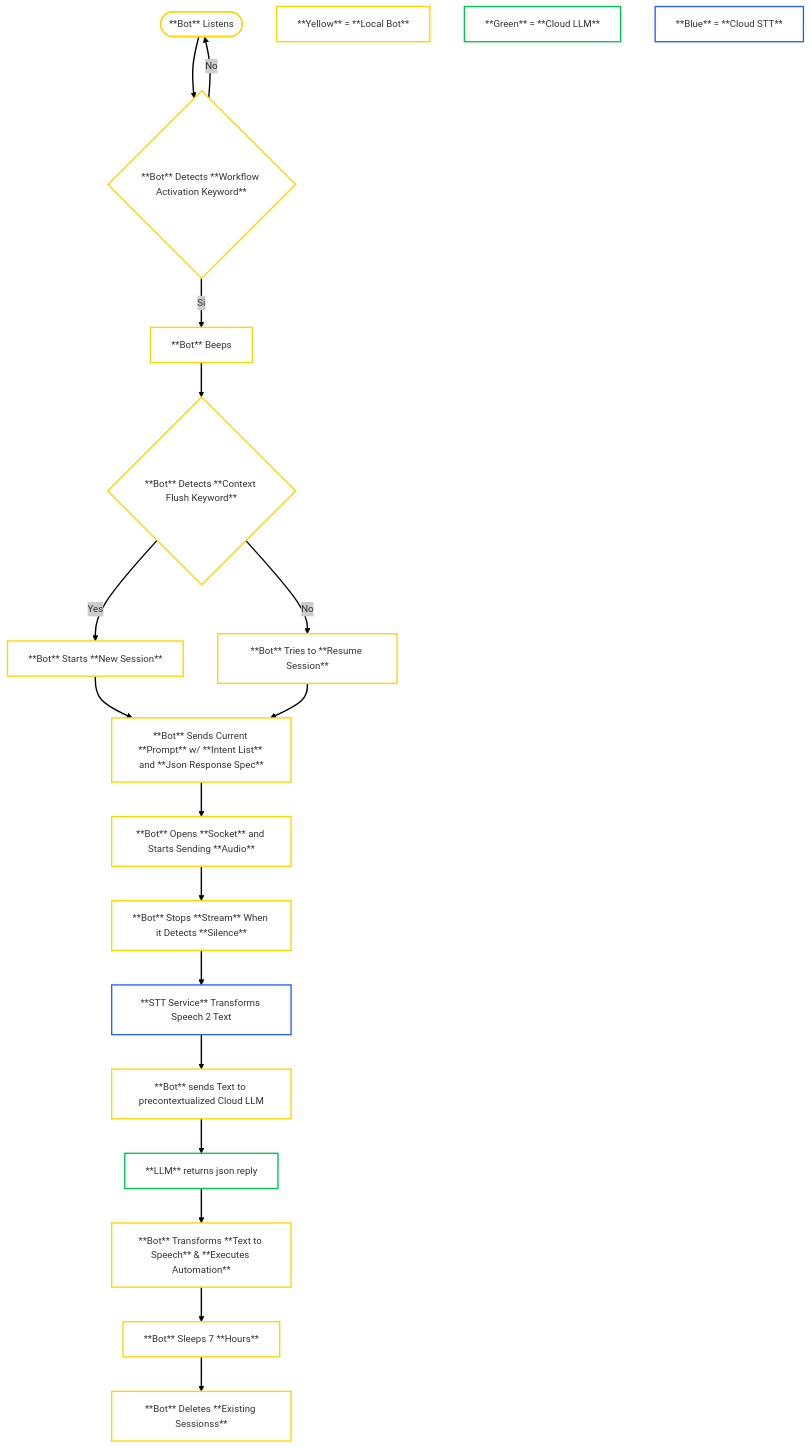
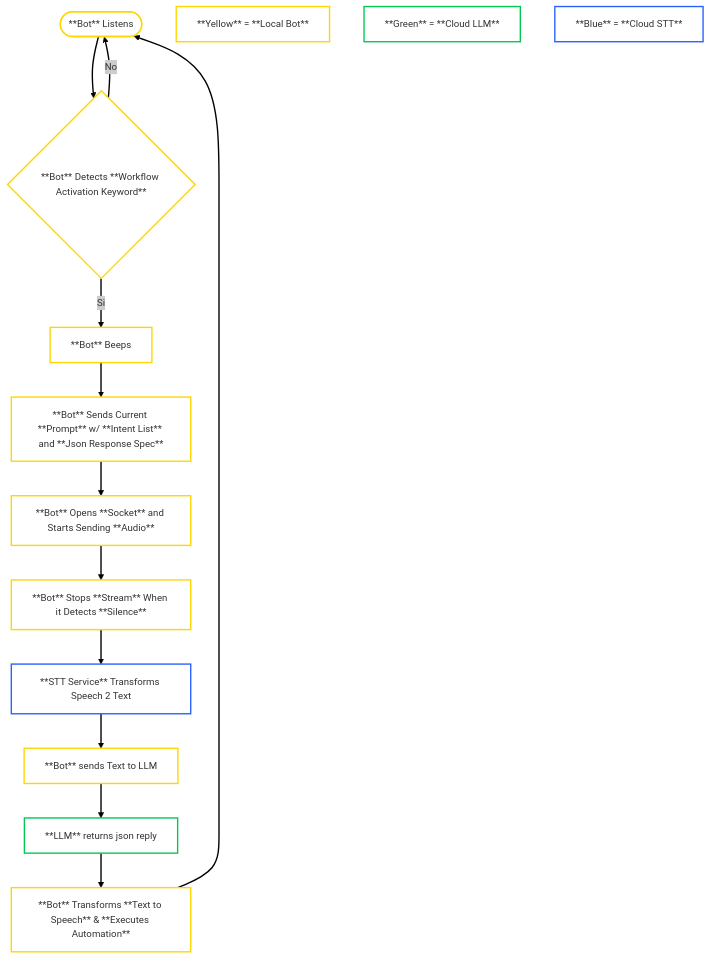
Before and after one commit to andresmascl/scrapbot.ai: the diagram in 10KFEETVIEW.mmd, drawn with Mermaid.

```diff
--- a/10KFEETVIEW.mmd
+++ b/10KFEETVIEW.mmd
@@ -1,49 +1,38 @@
 ---
 config:
   theme: neo
 ---
 flowchart TB
     A(["**Bot** Listens"]) --> C["**Bot** Detects **Workflow Activation Keyword**"]
     C -- Si --> n4["**Bot** Beeps"]
-    n1["**Bot** Detects **Context Flush Keyword**"] -- Yes --> n2["**Bot** Starts **New Session**"]
-    n2 --> n3["**Bot** Sends Current **Prompt** w/ **Intent List** and **Json Response Spec**"]
-    n4 --> n1
+    n4 --> n3["**Bot** Sends Current **Prompt** w/ **Intent List** and **Json Response Spec**"]
     C -- No --> A
     n3 --> n5["**Bot** Opens **Socket** and Starts Sending **Audio**"]
-    n1 -- No --> n6["**Bot** Tries to **Resume Session**"]
-    n6 --> n3
     n5 --> n7["**Bot** Stops **Stream** When it Detects **Silence**"]
-    n11["**STT Service** Transforms Speech 2 Text"] --> n23["**Bot** sends Text to precontextualized Cloud LLM"]
-    n15["**Bot** Transforms **Text to Speech** &amp; **Executes Automation**"] --> n20["**Bot** Sleeps 7 **Hours**"]
-    n20 --> n21["**Bot** Deletes **Existing Sessionss**"]
+    n11["**STT Service** Transforms Speech 2 Text"] --> n23["**Bot** sends Text to LLM"]
+    n15["**Bot** Transforms **Text to Speech** &amp; **Executes Automation**"] --> A
     n23 --> n24["**LLM** returns json reply"]
     n7 --> n11
     n24 --> n15
     n18["**Yellow** = **Local Bot**"]
     n19["**Green** = **Cloud LLM**"]
     n25["**Blue** = **Cloud STT**"]
 
     C@{ shape: diam}
-    n1@{ shape: diam}
     n7@{ shape: rect}
     n18@{ shape: rect}
     n19@{ shape: rect}
     n25@{ shape: rect}
     style A stroke:#FFD600
     style C stroke:#FFD600
     style n4 stroke:#FFD600
-    style n1 stroke:#FFD600
-    style n2 stroke:#FFD600
     style n3 stroke:#FFD600
     style n5 stroke:#FFD600
-    style n6 stroke:#FFD600
     style n7 stroke:#FFD600
     style n11 stroke:#2962FF
     style n23 stroke:#FFD600
     style n15 stroke:#FFD600
-    style n20 stroke:#FFD600
-    style n21 stroke:#FFD600
     style n24 stroke:#00C853
     style n18 stroke:#FFD600
     style n19 stroke:#00C853
     style n25 stroke:#2962FF
```
